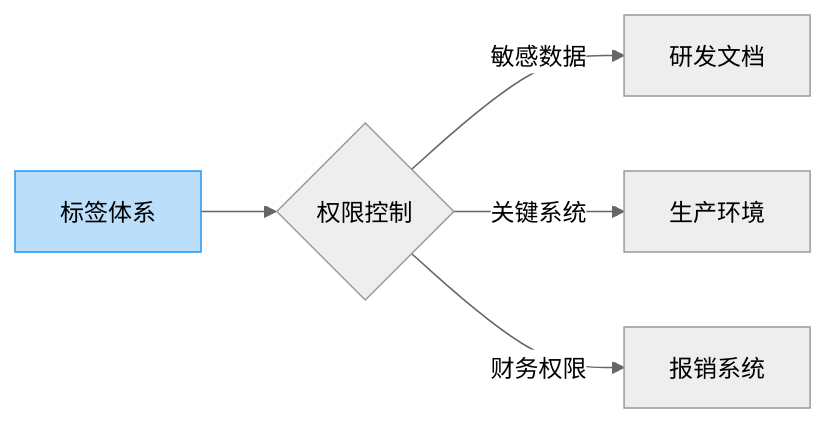
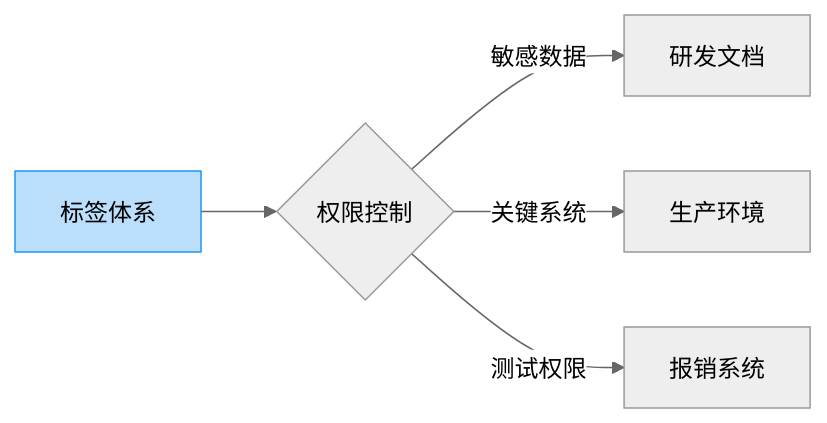
The second of 3 diagrams in www/zh/docs/gm/organization/tag/overview.md (xcancloud/AngusOfficialWebsite), drawn with Mermaid (neutral theme) before and after one commit. The commit also changed other lines of this file and 53 other files, not shown here.

````diff
--- a/www/zh/docs/gm/organization/tag/overview.md
+++ b/www/zh/docs/gm/organization/tag/overview.md
@@ -39,10 +39,10 @@
   ```mermaid
   graph LR
     T[标签体系] --> P{权限控制}
     P -->|敏感数据| R1[研发文档]
     P -->|关键系统| R2[生产环境]
-    P -->|财务权限| R3[报销系统]
+    P -->|测试权限| R3[报销系统]
     
     classDef tag fill:#BBDEFB,stroke:#2196F3
     class T tag
   ```
````
